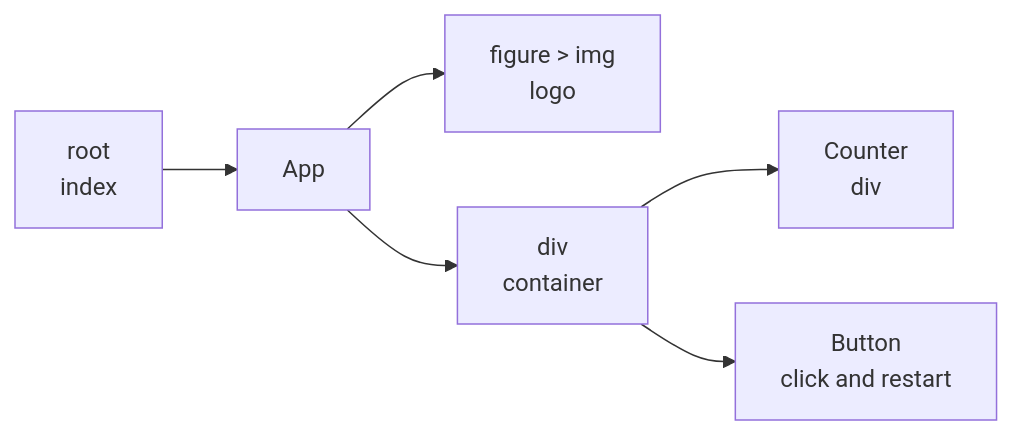
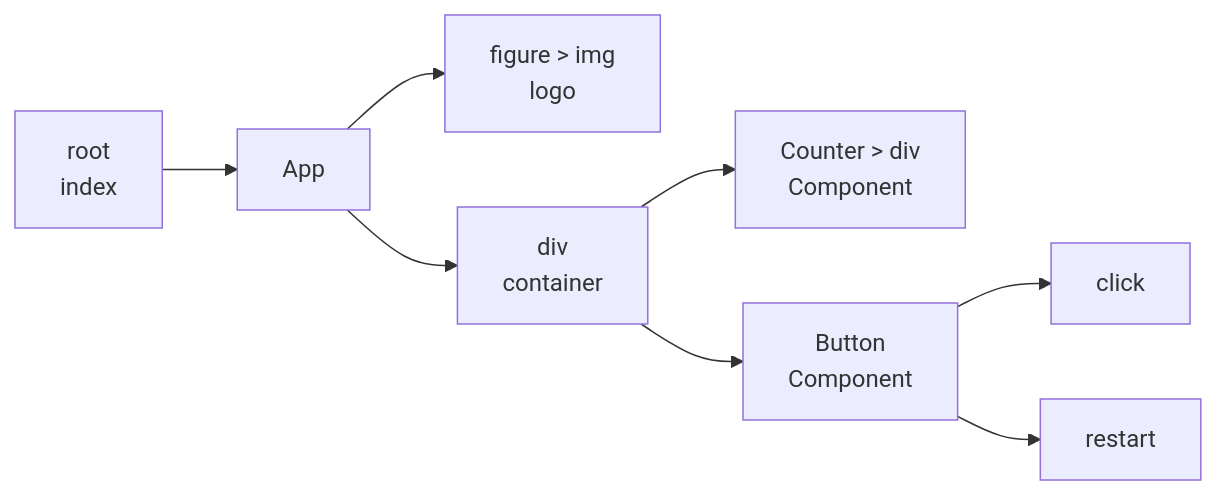
Before and after one commit to alevroses/react__click-counter: the diagram in README.md, drawn with Mermaid. The commit also changed other lines of this file, not shown here.

````diff
--- a/README.md
+++ b/README.md
@@ -7,8 +9,10 @@
 ```mermaid
 graph LR
     A[root \n index] --> B[App]
     B --> C[figure > img \n logo]
     B --> D[div \n container]
-    D --> E[Counter \n div]
-    D --> F[Button \n click and restart]
+    D --> E[Counter > div \n Component]
+    D --> F[Button \n Component]
+    F --> G[click]
+    F --> H[restart]
 ```
````
